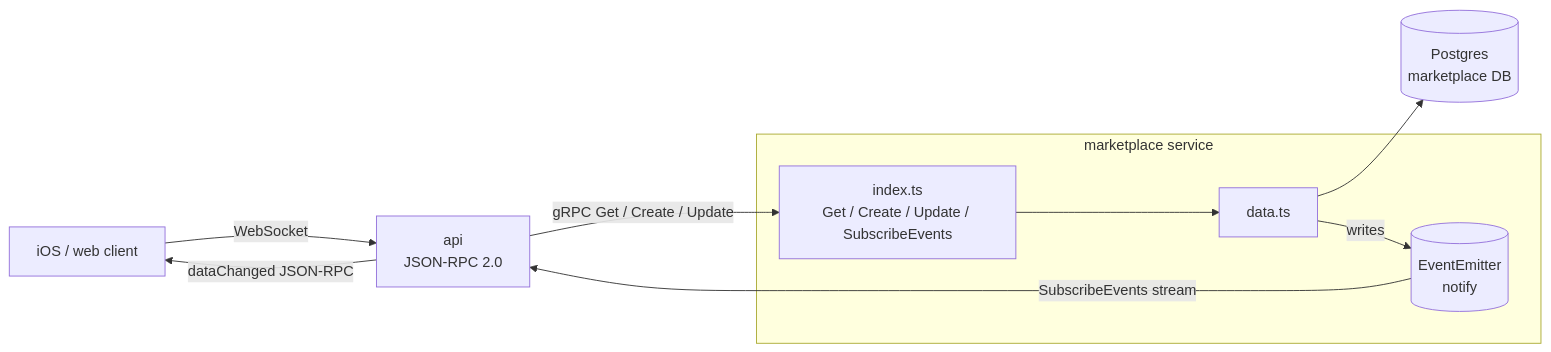
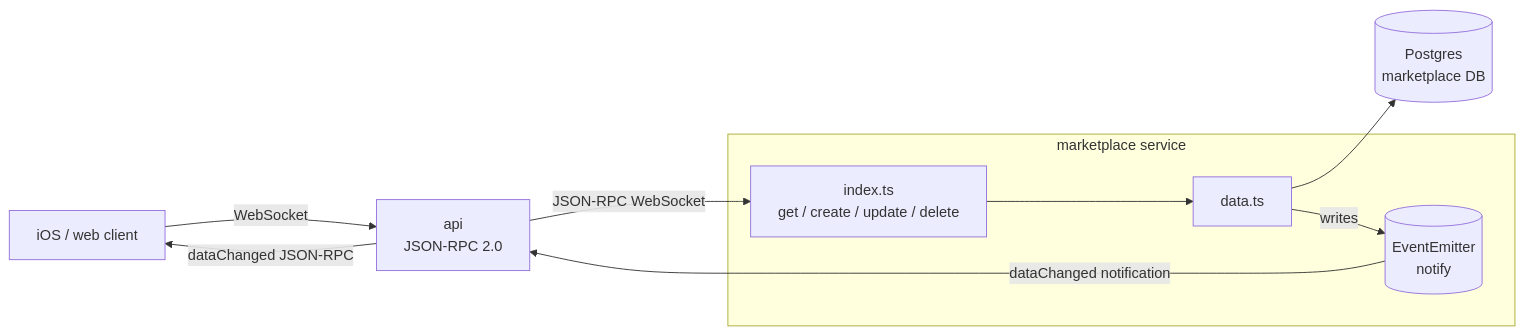
The diagram in services/marketplace/README.md (EVY-Platform/evy), drawn with Mermaid before and after one commit. The commit also changed 115 other files, not shown here.

````diff
--- a/services/marketplace/README.md
+++ b/services/marketplace/README.md
@@ -7,21 +7,21 @@
 ```mermaid
 flowchart LR
     client[iOS / web client]
     api[api<br />JSON-RPC 2.0]
 
     subgraph marketplace [marketplace service]
-        grpc[index.ts<br />Get / Create / Update / SubscribeEvents]
+        rpc[index.ts<br />get / create / update / delete]
         data[data.ts]
         bus[(EventEmitter<br />notify)]
     end
 
     pg[(Postgres<br />marketplace DB)]
 
     client -- WebSocket --> api
-    api -- gRPC Get / Create / Update --> grpc
-    grpc --> data
+    api -- JSON-RPC WebSocket --> rpc
+    rpc --> data
     data --> pg
     data -- writes --> bus
-    bus -- SubscribeEvents stream --> api
+    bus -- dataChanged notification --> api
     api -- dataChanged JSON-RPC --> client
 ```
````
